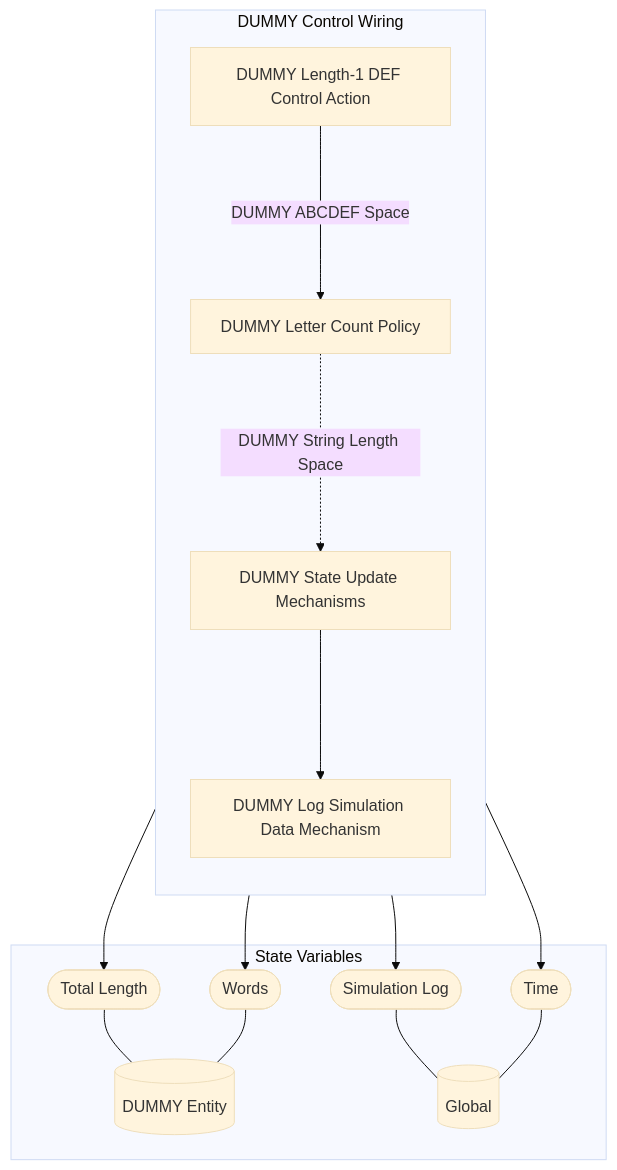
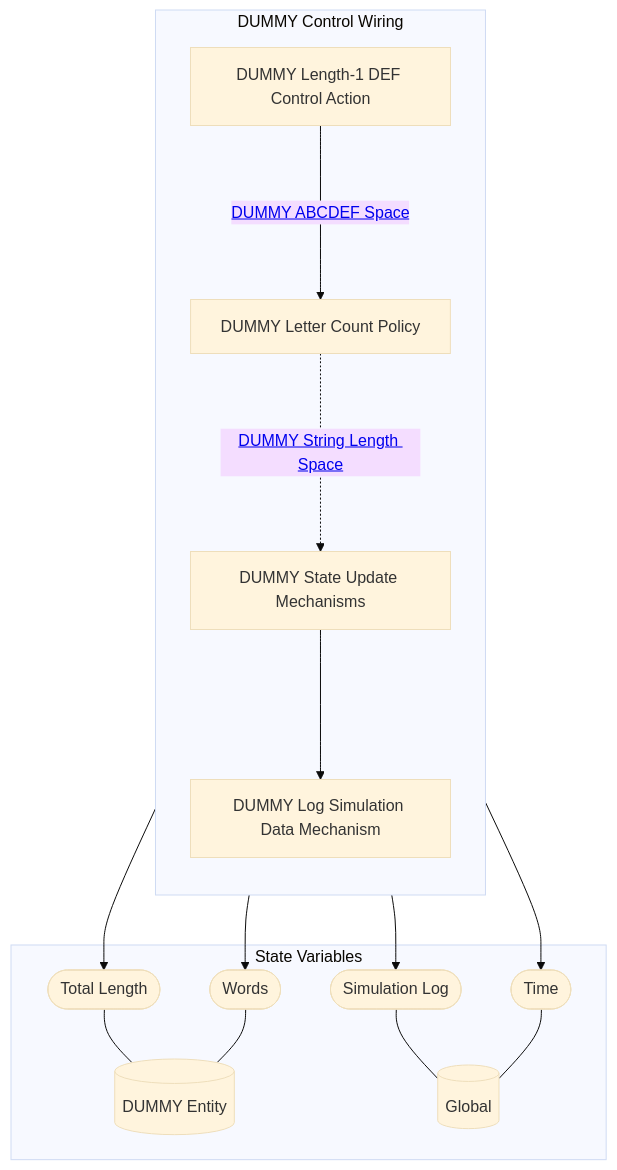
One commit to BlockScience/Predator-Prey-MSML changed the first of 2 diagrams in reports/obsidian/Wiring/DUMMY Control Wiring.md. Above: the diagram before and after it, drawn with Mermaid (base theme). The commit also changed other lines of this file and 48 other files, not shown here.

````diff
--- a/reports/obsidian/Wiring/DUMMY Control Wiring.md
+++ b/reports/obsidian/Wiring/DUMMY Control Wiring.md
@@ -4,38 +4,38 @@
 ```mermaid
 graph TB
 
 subgraph SVS["State Variables"]
 EE0[("DUMMY Entity")]
 EE1[("Global")]
 EES0(["Total Length"])
 EES0 --- EE0
 EES1(["Words"])
 EES1 --- EE0
 EES2(["Simulation Log"])
 EES2 --- EE1
 EES3(["Time"])
 EES3 --- EE1
 end
 
 subgraph X5["DUMMY Control Wiring"]
 direction TB
 X1["DUMMY Length-1 DEF Control Action"]
 X2["DUMMY Letter Count Policy"]
 X3["DUMMY State Update Mechanisms"]
 X3 --> EES1
 X3 --> EES3
 X3 --> EES0
 X4["DUMMY Log Simulation Data Mechanism"]
 X4 --> EES2
-X1--"DUMMY ABCDEF Space"--->X2
-X2-."DUMMY String Length Space"..->X3
+X1--"<a href='DUMMY ABCDEF Space' class=internal-link>DUMMY ABCDEF Space</a>"--->X2
+X2-."<a href='DUMMY String Length Space' class=internal-link>DUMMY String Length Space</a>"..->X3
 X3--->X4
 end
 class X1 internal-link;
 class X2 internal-link;
 class X3 internal-link;
 class X4 internal-link;
 class EE0 internal-link;
 class EE1 internal-link;
 
 ```
````
